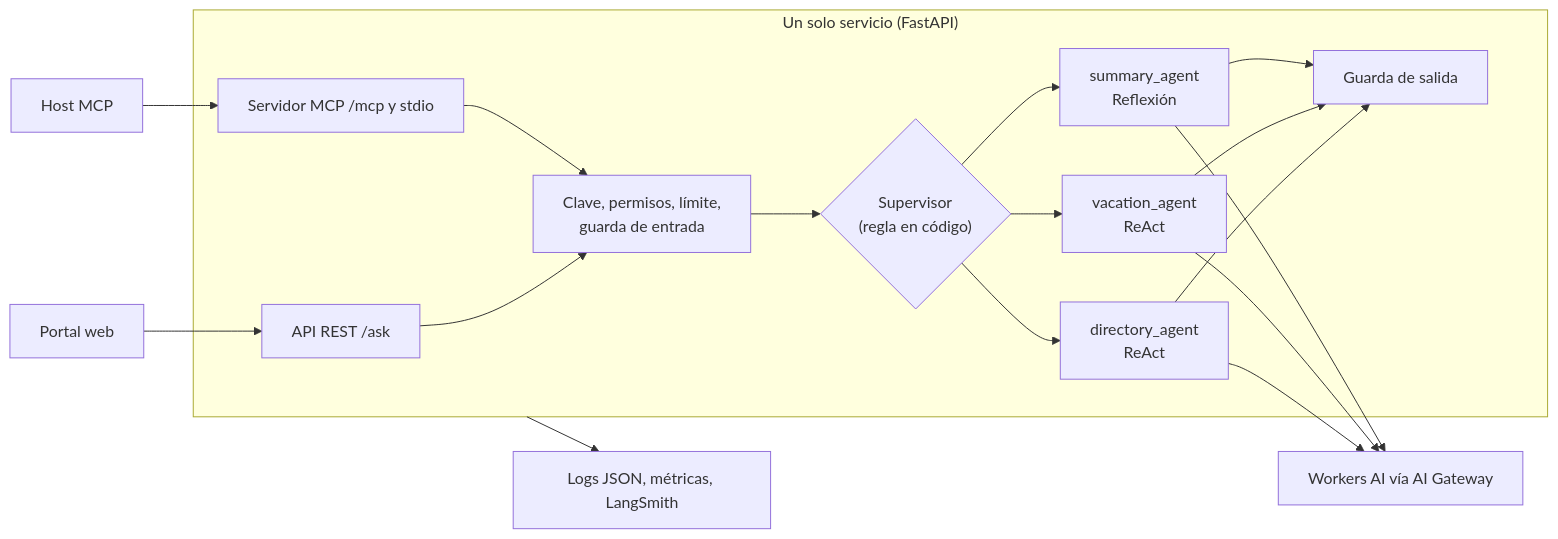
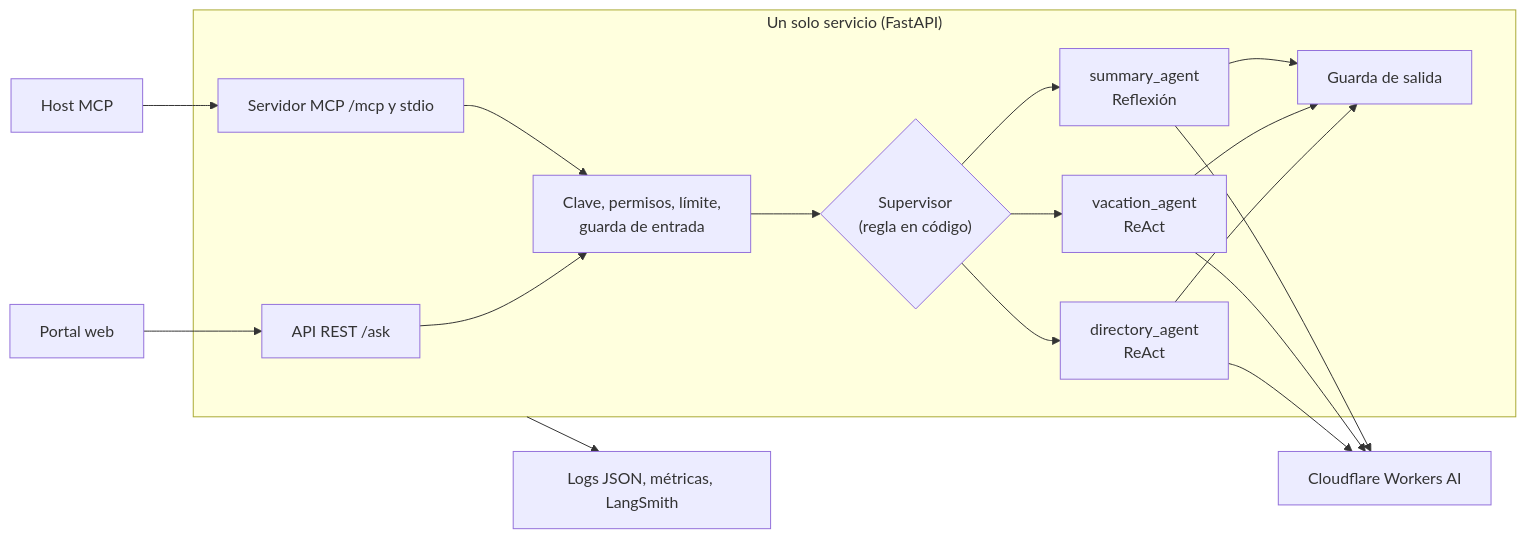
The diagram in AlbertoRayon_reto/doc/pr-description.md (carlosparra/NextGenCode-M4-Agentes), drawn with Mermaid before and after one commit. The commit also changed other lines of this file and 19 other files, not shown here.

````diff
--- a/AlbertoRayon_reto/doc/pr-description.md
+++ b/AlbertoRayon_reto/doc/pr-description.md
@@ -16,17 +16,17 @@
 ```mermaid
 flowchart LR
     P["Portal web"] --> API
     H["Host MCP"] --> MCP
     subgraph S["Un solo servicio (FastAPI)"]
         API["API REST /ask"] --> G
         MCP["Servidor MCP /mcp y stdio"] --> G
         G["Clave, permisos, límite,<br/>guarda de entrada"] --> SV
         SV{"Supervisor<br/>(regla en código)"}
         SV --> D["directory_agent<br/>ReAct"]
         SV --> V["vacation_agent<br/>ReAct"]
         SV --> R["summary_agent<br/>Reflexión"]
         D & V & R --> O["Guarda de salida"]
     end
-    D & V & R --> M["Workers AI vía AI Gateway"]
+    D & V & R --> M["Cloudflare Workers AI"]
     S --> L["Logs JSON, métricas, LangSmith"]
 ```
````
